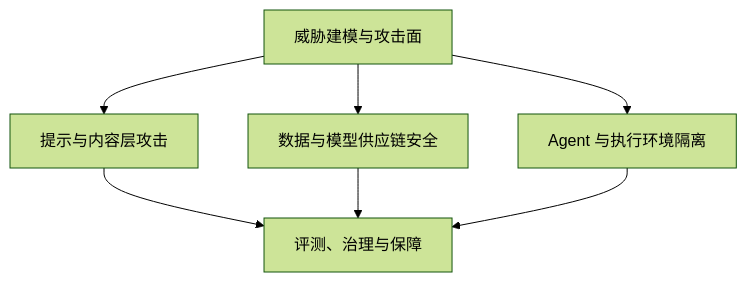
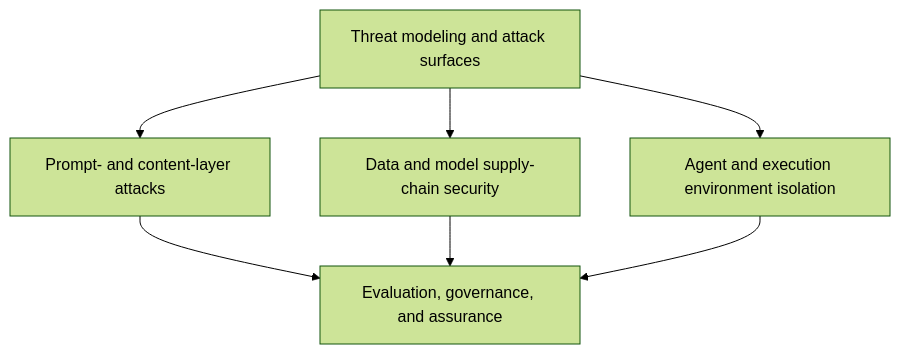
The diagram in docs/safety/README.md (oneleaveknowsthefall/awesome-ai-roadmap), drawn with Mermaid (forest theme) before and after one commit. The commit also changed other lines of this file and 82 other files, not shown here.

````diff
--- a/docs/safety/README.md
+++ b/docs/safety/README.md
@@ -21,9 +21,9 @@
 ```mermaid
 flowchart TB
-    T[威胁建模与攻击面] --> P[提示与内容层攻击]
-    T --> D[数据与模型供应链安全]
-    T --> A[Agent 与执行环境隔离]
-    P --> G[评测、治理与保障]
+    T[Threat modeling and attack surfaces] --> P[Prompt- and content-layer attacks]
+    T --> D[Data and model supply-chain security]
+    T --> A[Agent and execution environment isolation]
+    P --> G[Evaluation, governance, and assurance]
     D --> G
     A --> G
 ```
````
